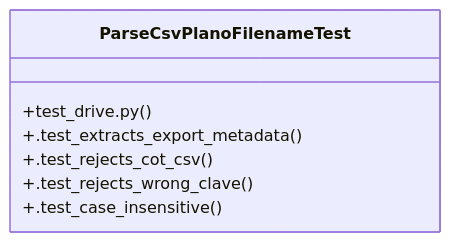
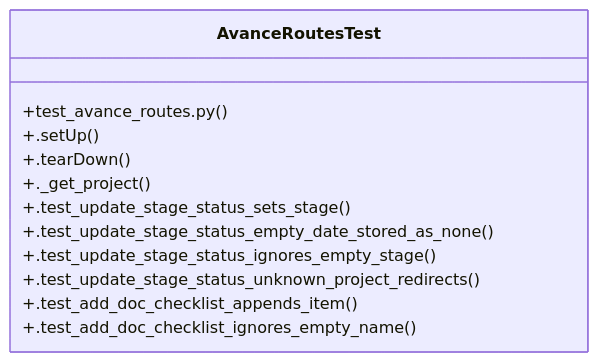
One commit to Daftrick/ProjectTracker changed the diagram in graphify-out/wiki/Community_23.md. Above: the diagram before and after it, drawn with Mermaid. The commit also changed other lines of this file and 419 other files, not shown here.

````diff
--- a/graphify-out/wiki/Community_23.md
+++ b/graphify-out/wiki/Community_23.md
@@ -26,10 +29,15 @@
 ```mermaid
 classDiagram
-    class ParseCsvPlanoFilenameTest {
-        +test_drive.py()
-        +.test_extracts_export_metadata()
-        +.test_rejects_cot_csv()
-        +.test_rejects_wrong_clave()
-        +.test_case_insensitive()
+    class AvanceRoutesTest {
+        +test_avance_routes.py()
+        +.setUp()
+        +.tearDown()
+        +._get_project()
+        +.test_update_stage_status_sets_stage()
+        +.test_update_stage_status_empty_date_stored_as_none()
+        +.test_update_stage_status_ignores_empty_stage()
+        +.test_update_stage_status_unknown_project_redirects()
+        +.test_add_doc_checklist_appends_item()
+        +.test_add_doc_checklist_ignores_empty_name()
     }
 ```
````
